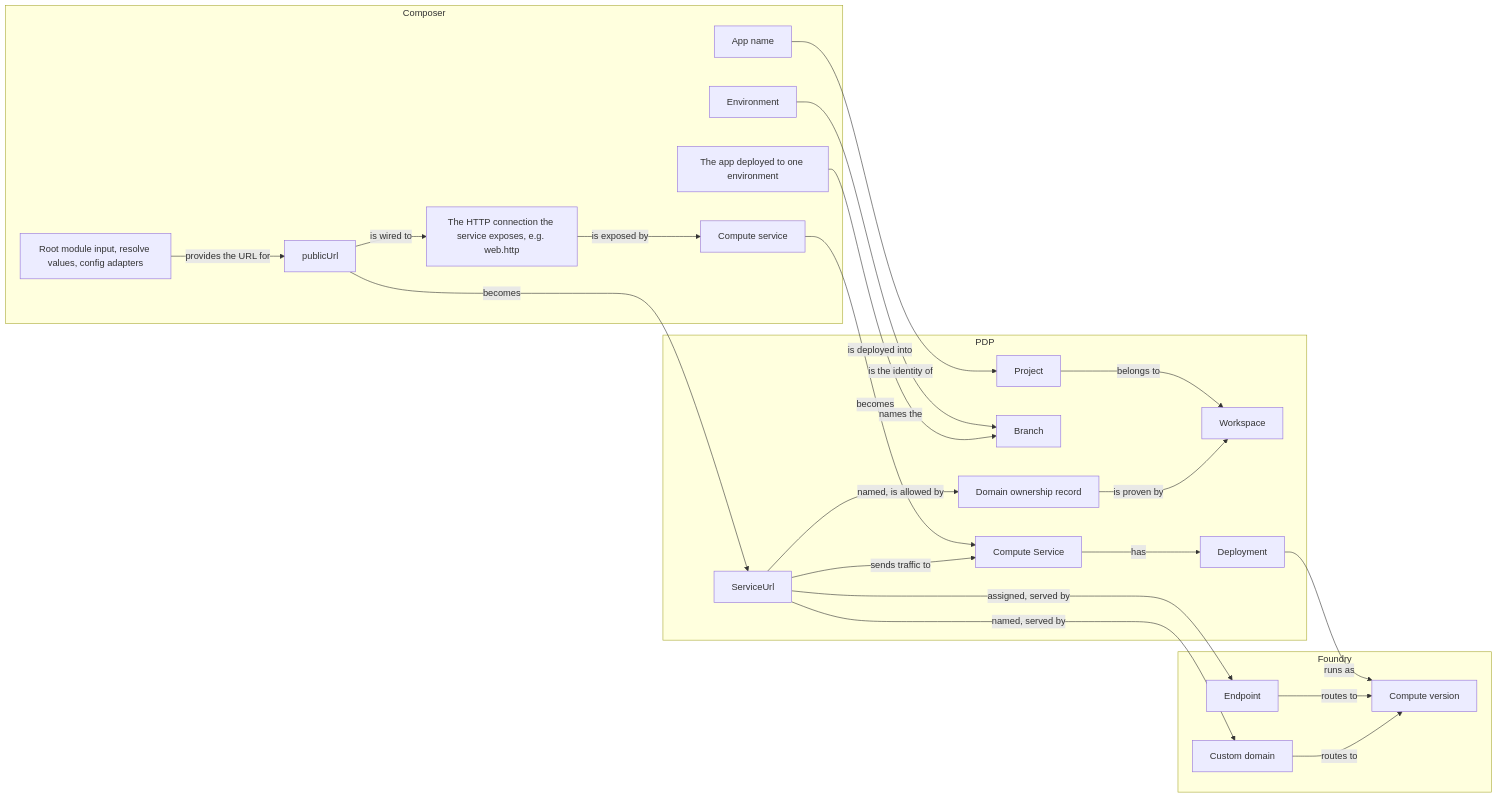
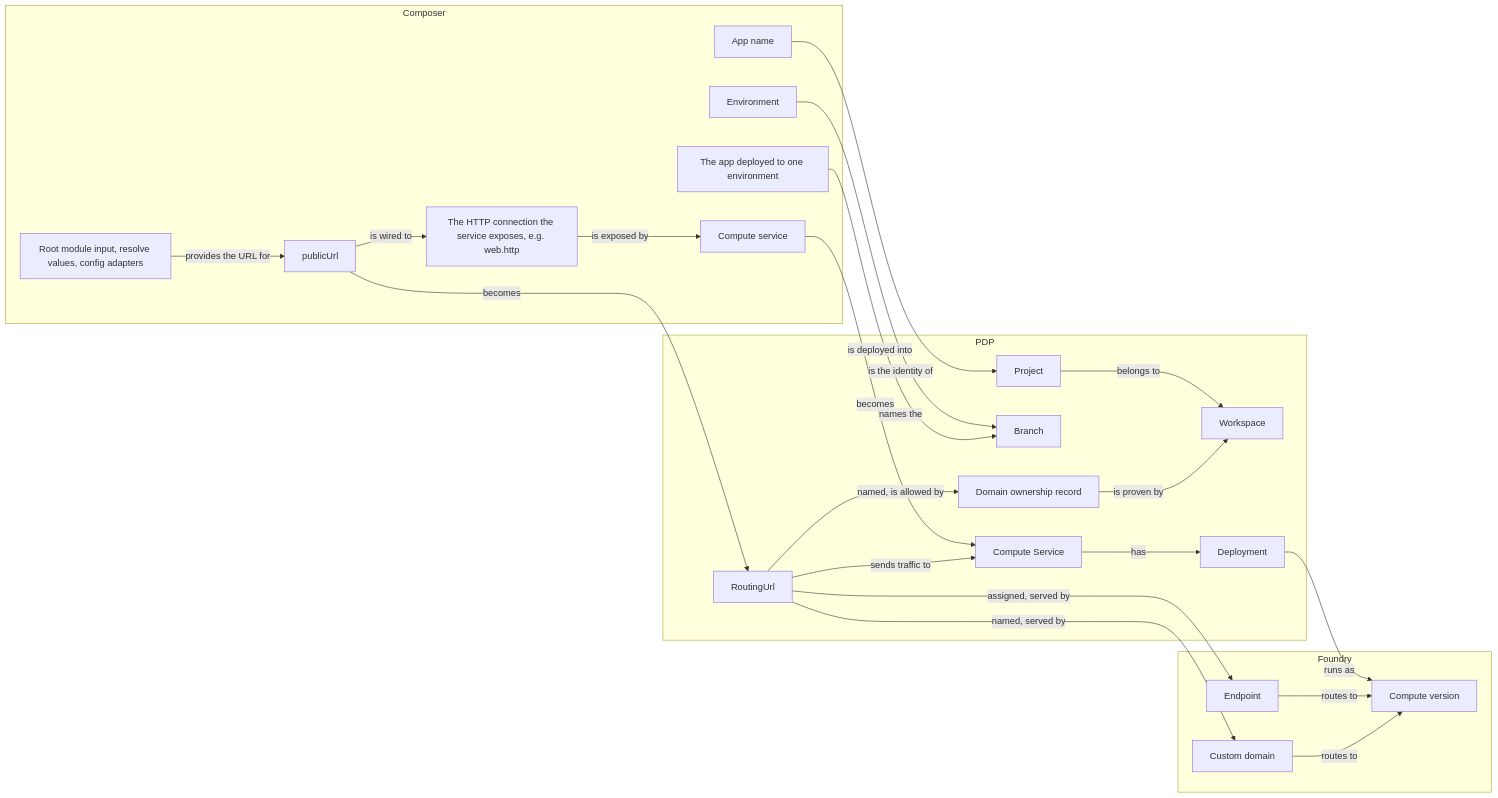
The diagram in docs/design/05-prisma-cloud/public-url-domain-map.md (prisma/composer), drawn with Mermaid before and after one commit. The commit also changed other lines of this file and 9 other files, not shown here.

Commit message:
docs(design): the platform record is RoutingUrl; the ownership field is domain

````diff
--- a/docs/design/05-prisma-cloud/public-url-domain-map.md
+++ b/docs/design/05-prisma-cloud/public-url-domain-map.md
@@ -5,44 +5,44 @@
 ```mermaid
 flowchart LR
   subgraph Composer
     AppName[App name]
     Env[Environment]
     Root[The app deployed to one environment]
     Svc[Compute service]
     Out[The HTTP connection the service exposes, e.g. web.http]
     PU[publicUrl]
     In[Root module input, resolve values, config adapters]
   end
   subgraph PDP
     WS[Workspace]
     Proj[Project]
     Br[Branch]
     PApp[Compute Service]
     Dep[Deployment]
-    PPU[ServiceUrl]
+    PPU[RoutingUrl]
     Dom[Domain ownership record]
   end
   subgraph Foundry
     CV[Compute version]
     EP[Endpoint]
     CD[Custom domain]
   end
   Proj -- belongs to --> WS
   Dom -- is proven by --> WS
   AppName -- is the identity of --> Proj
   Env -- names the --> Br
   Root -- is deployed into --> Br
   Svc -- becomes --> PApp
   PU -- becomes --> PPU
   PU -- is wired to --> Out
   Out -- is exposed by --> Svc
   In -- provides the URL for --> PU
   PApp -- has --> Dep
   Dep -- runs as --> CV
   PPU -- sends traffic to --> PApp
   PPU -- named, is allowed by --> Dom
   PPU -- assigned, served by --> EP
   PPU -- named, served by --> CD
   EP -- routes to --> CV
   CD -- routes to --> CV
 ```
````
